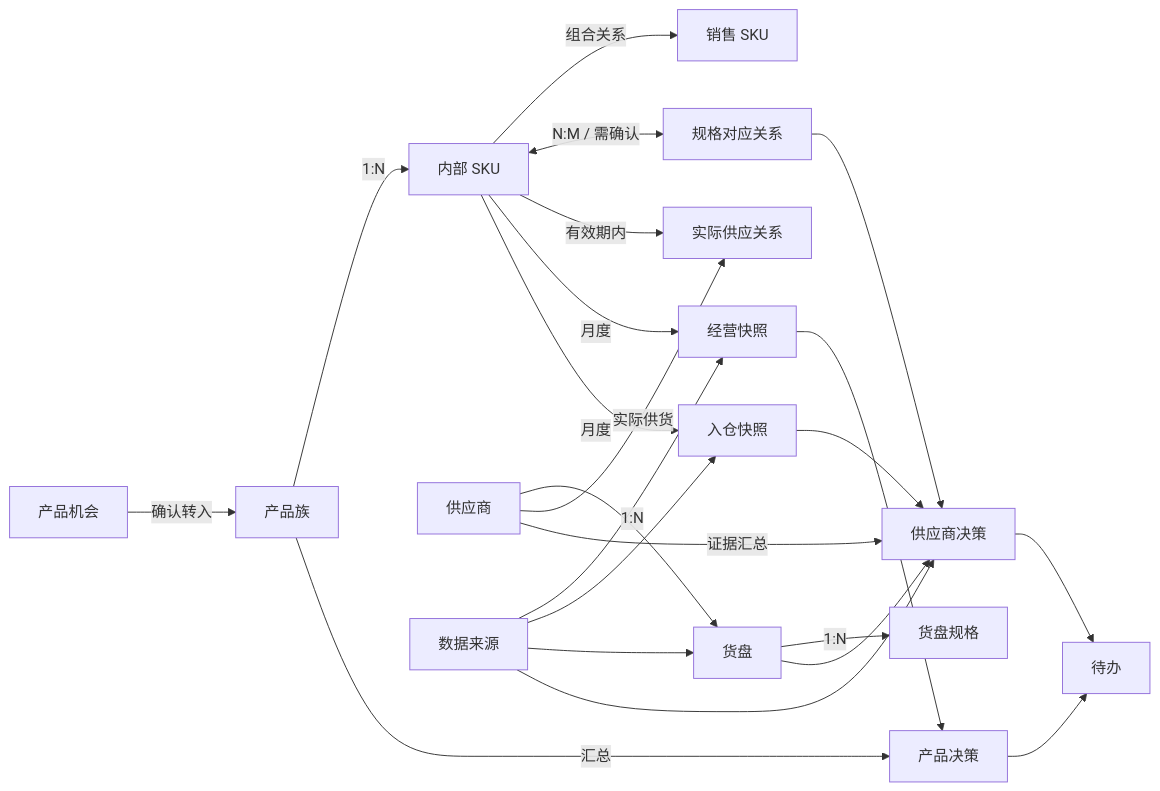
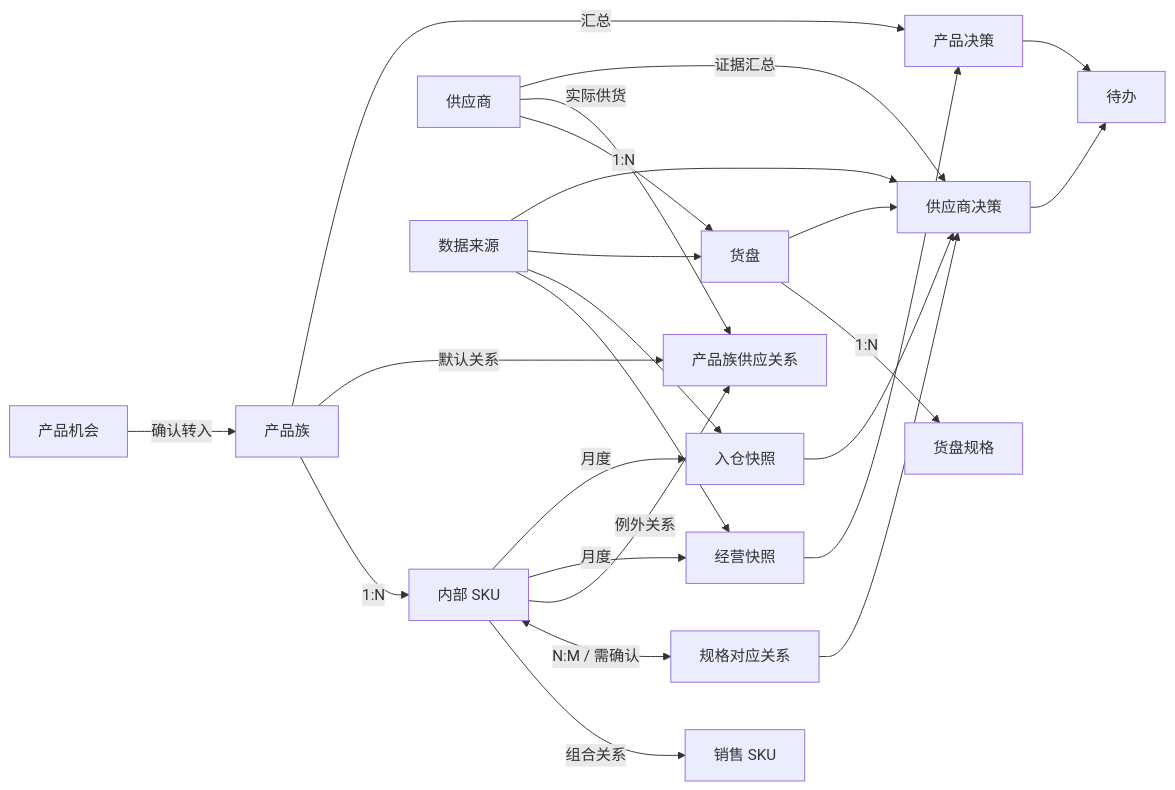
Before and after one commit to Aria-junjun/Aria-workbench: the diagram in docs/architecture/2026-08-25-workbench-domain-model.md, drawn with Mermaid. The commit also changed other lines of this file, not shown here.

````diff
--- a/docs/architecture/2026-08-25-workbench-domain-model.md
+++ b/docs/architecture/2026-08-25-workbench-domain-model.md
@@ -63,25 +63,26 @@
 ```mermaid
 flowchart LR
   O[产品机会] -->|确认转入| PF[产品族]
   PF -->|1:N| SKU[内部 SKU]
   SKU -->|组合关系| SS[销售 SKU]
   S[供应商] -->|1:N| OF[货盘]
   OF -->|1:N| OS[货盘规格]
   SKU <-->|N:M / 需确认| LINK[规格对应关系]
-  SKU -->|有效期内| AS[实际供应关系]
+  PF -->|默认关系| AS[产品族供应关系]
+  SKU -->|例外关系| AS
   S -->|实际供货| AS
   SKU -->|月度| OPS[经营快照]
   SKU -->|月度| INB[入仓快照]
   PF -->|汇总| PD[产品决策]
   S -->|证据汇总| SD[供应商决策]
   OPS --> PD
   INB --> SD
   LINK --> SD
   OF --> SD
   PD --> T[待办]
   SD --> T
   SRC[数据来源] --> OPS
   SRC --> INB
   SRC --> OF
   SRC --> SD
 ```
````
